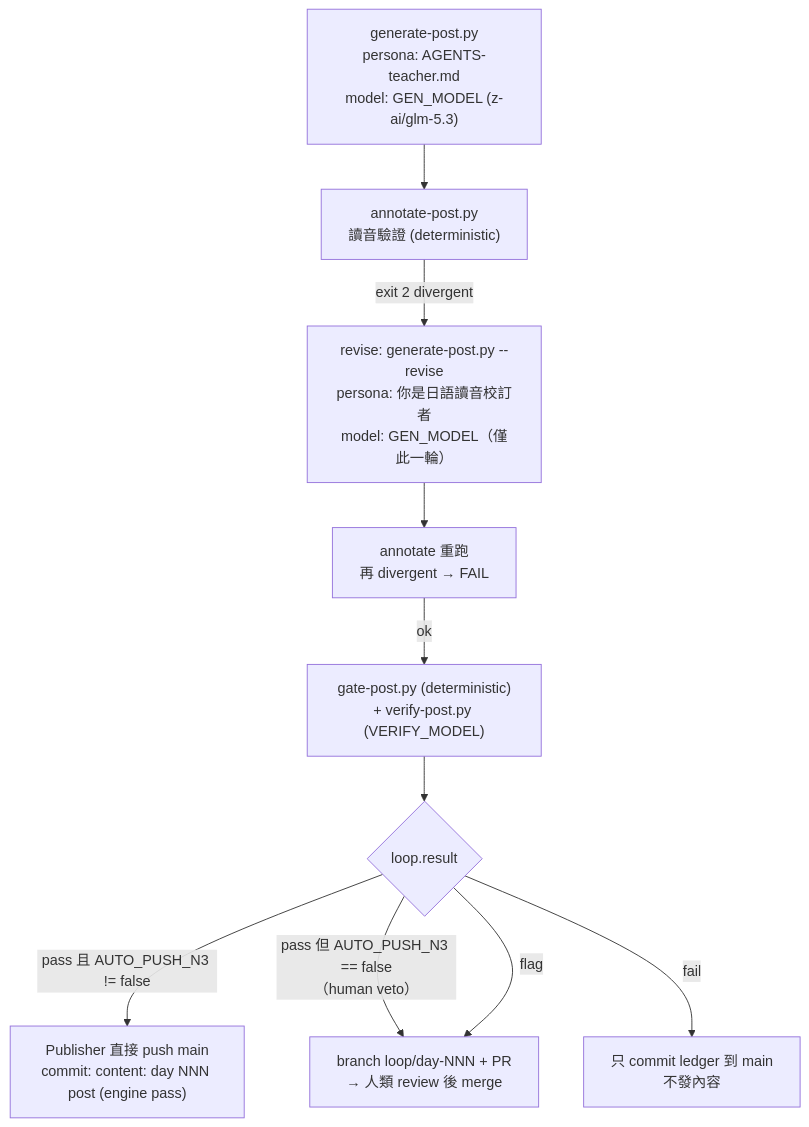
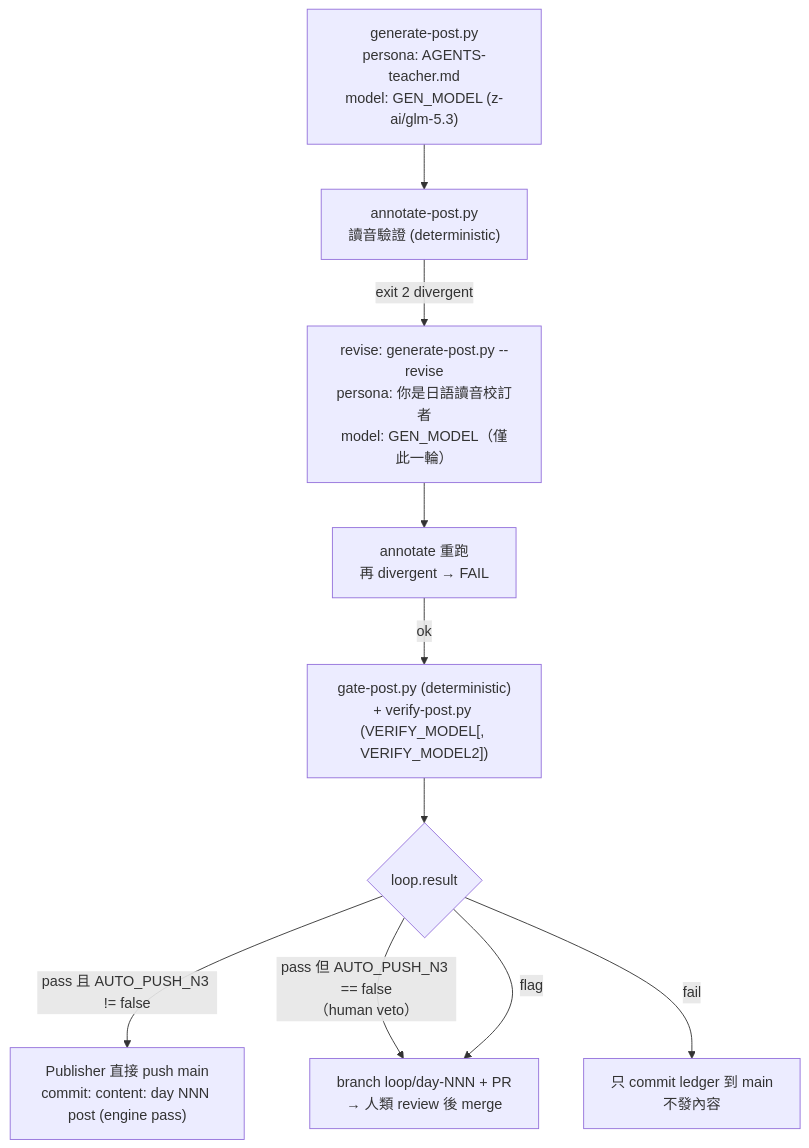
Before and after one commit to xfalcons/jasdoit-daily: the diagram in aidd-docs/engine-loop-architecture.md, drawn with Mermaid. The commit also changed other lines of this file and 8 other files, not shown here.

First line of the commit message:
engine: dual verifier lane (VERIFY_MODEL2) + naturalness checks

````diff
--- a/aidd-docs/engine-loop-architecture.md
+++ b/aidd-docs/engine-loop-architecture.md
@@ -58,12 +58,12 @@
 ```mermaid
 flowchart TD
     G["generate-post.py\npersona: AGENTS-teacher.md\nmodel: GEN_MODEL (z-ai/glm-5.3)"] --> A["annotate-post.py\n讀音驗證 (deterministic)"]
     A -- "exit 2 divergent" --> R["revise: generate-post.py --revise\npersona: 你是日語讀音校訂者\nmodel: GEN_MODEL（僅此一輪）"]
     R --> A2["annotate 重跑\n再 divergent → FAIL"]
-    A2 -- ok --> VG["gate-post.py (deterministic)\n+ verify-post.py (VERIFY_MODEL)"]
+    A2 -- ok --> VG["gate-post.py (deterministic)\n+ verify-post.py (VERIFY_MODEL[, VERIFY_MODEL2])"]
     VG --> V{loop.result}
     V -- "pass 且 AUTO_PUSH_N3 != false" --> P["Publisher 直接 push main\ncommit: content: day NNN post (engine pass)"]
     V -- "pass 但 AUTO_PUSH_N3 == false\n（human veto）" --> PR["branch loop/day-NNN + PR\n→ 人類 review 後 merge"]
     V -- flag --> PR
     V -- fail --> L["只 commit ledger 到 main\n不發內容"]
 ```
````
